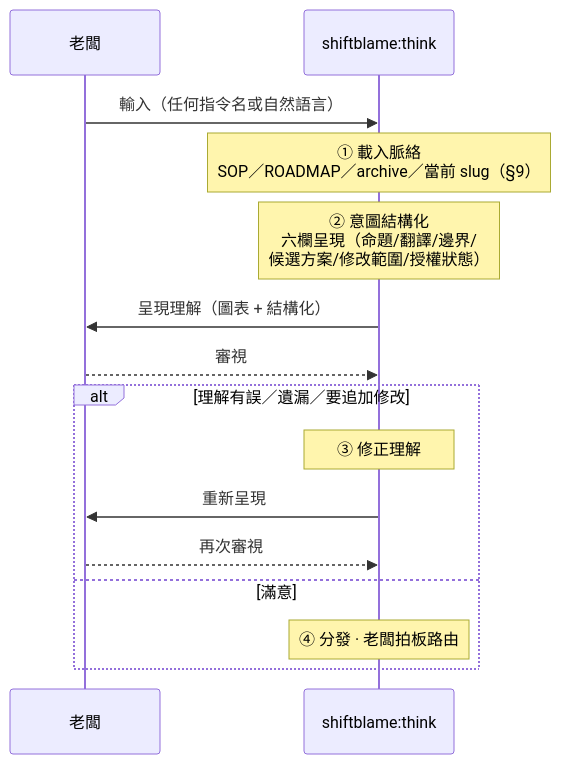
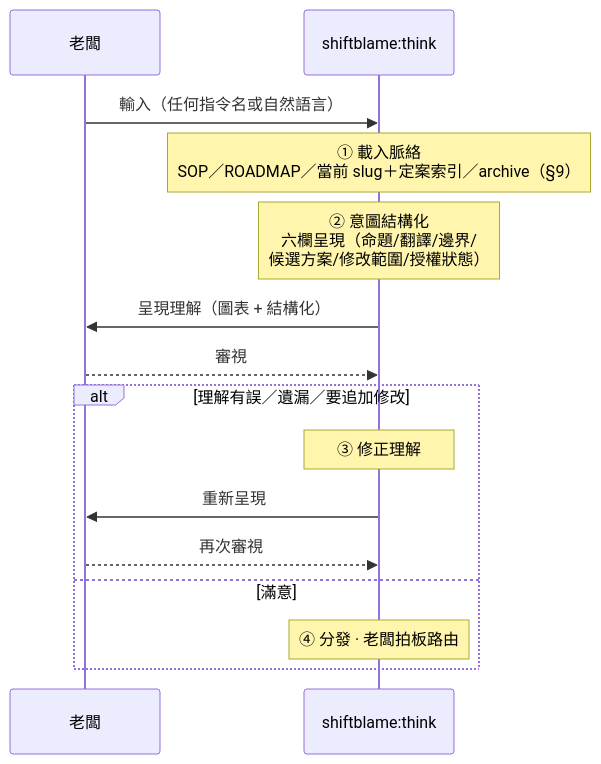
Before and after one commit to teps3105/shiftblame: the third of 4 diagrams in skills/think/SKILL.md, drawn with Mermaid. The commit also changed other lines of this file and 21 other files, not shown here.

````diff
--- a/skills/think/SKILL.md
+++ b/skills/think/SKILL.md
@@ -73,18 +73,18 @@
 ```mermaid
 sequenceDiagram
     participant B as 老闆
     participant T as shiftblame:think
 
     B->>T: 輸入（任何指令名或自然語言）
-    Note over T: ① 載入脈絡<br/>SOP／ROADMAP／archive／當前 slug（§9）
+    Note over T: ① 載入脈絡<br/>SOP／ROADMAP／當前 slug＋定案索引／archive（§9）
     Note over T: ② 意圖結構化<br/>六欄呈現（命題/翻譯/邊界/<br/>候選方案/修改範圍/授權狀態）
     T->>B: 呈現理解（圖表 + 結構化）
     B-->>T: 審視
     alt 理解有誤／遺漏／要追加修改
         Note over T: ③ 修正理解
         T->>B: 重新呈現
         B-->>T: 再次審視
     else 滿意
         Note over T: ④ 分發 · 老闆拍板路由
     end
 ```
````
